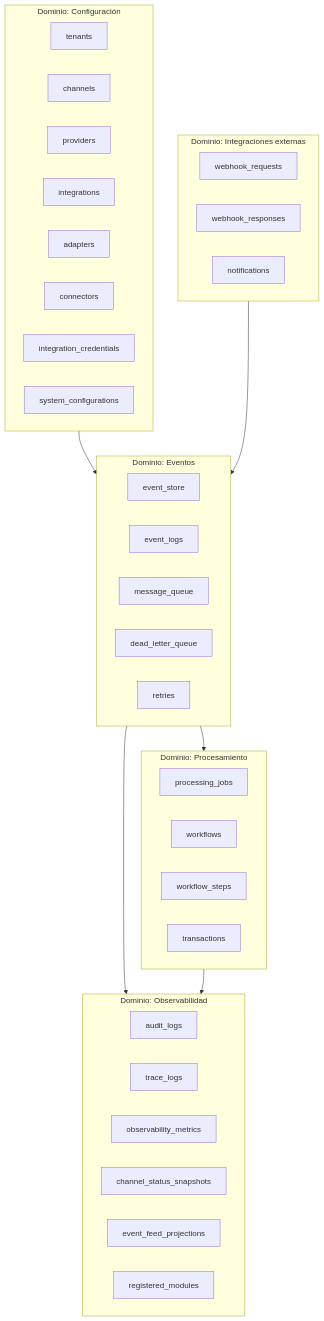
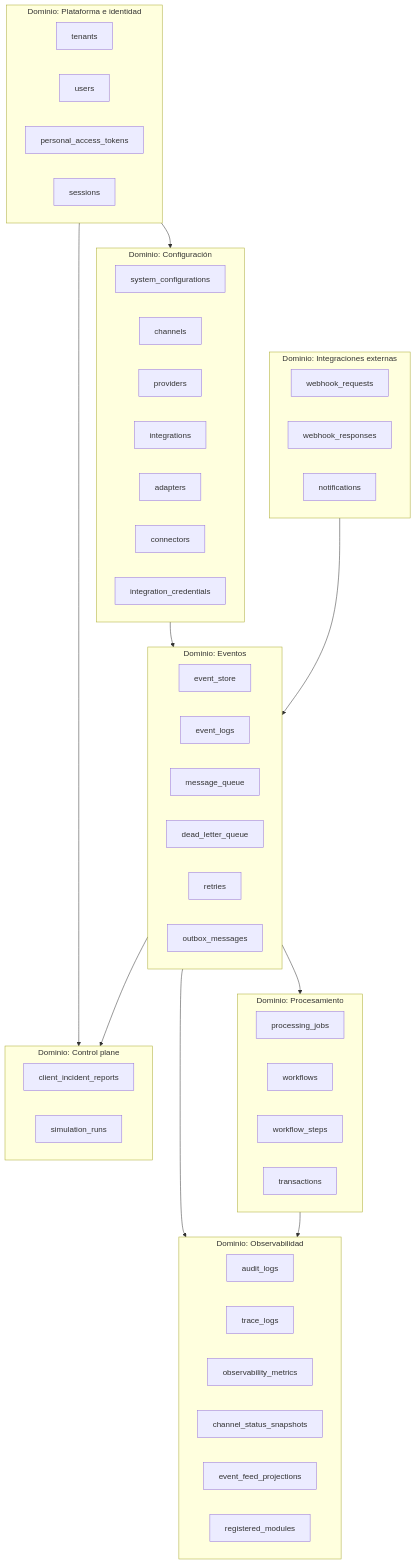
The diagram in docs/architecture/middleware_database_architecture.md (75564424-dot/omnichannel-ddd-eda), drawn with Mermaid before and after one commit. The commit also changed other lines of this file and 69 other files, not shown here.

````diff
--- a/docs/architecture/middleware_database_architecture.md
+++ b/docs/architecture/middleware_database_architecture.md
@@ -94,49 +96,64 @@
 ```mermaid
 flowchart TB
+    subgraph identity [Dominio: Plataforma e identidad]
+        tenants
+        users
+        personal_access_tokens
+        sessions
+    end
+
     subgraph config [Dominio: Configuración]
-        tenants
+        system_configurations
         channels
         providers
         integrations
         adapters
         connectors
         integration_credentials
-        system_configurations
     end
 
     subgraph events [Dominio: Eventos]
         event_store
         event_logs
         message_queue
         dead_letter_queue
         retries
+        outbox_messages
     end
 
     subgraph processing [Dominio: Procesamiento]
         processing_jobs
         workflows
         workflow_steps
         transactions
     end
 
     subgraph integration [Dominio: Integraciones externas]
         webhook_requests
         webhook_responses
         notifications
     end
 
     subgraph observability [Dominio: Observabilidad]
         audit_logs
         trace_logs
         observability_metrics
         channel_status_snapshots
         event_feed_projections
         registered_modules
     end
 
+    subgraph controlplane [Dominio: Control plane]
+        client_incident_reports
+        simulation_runs
+    end
+
+    identity --> config
     config --> events
     events --> processing
     integration --> events
     events --> observability
     processing --> observability
+    identity --> controlplane
+    events --> controlplane
 ```
````
